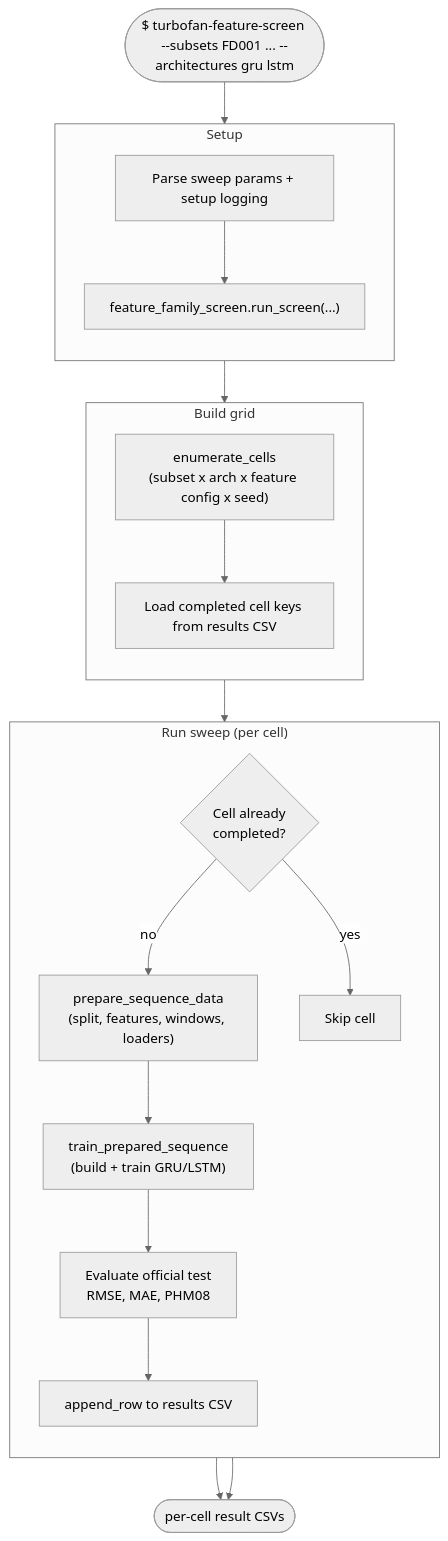
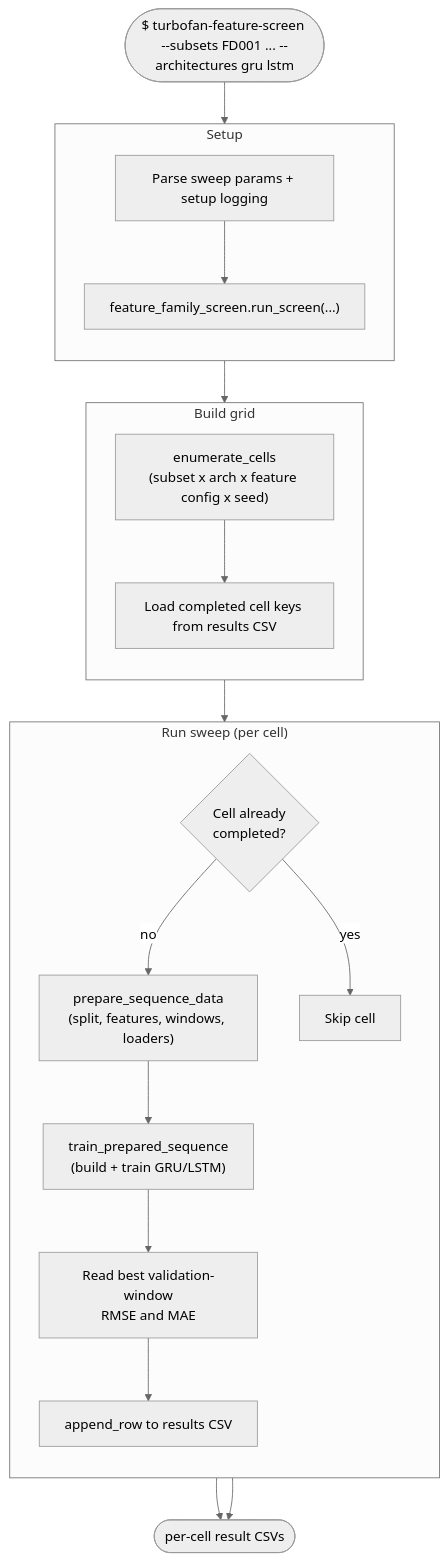
Before and after one commit to virgil-castillo/turbofan-rul-mlops: the diagram in docs/workflows/feature-screen.md, drawn with Mermaid (neutral theme). The commit also changed 3 other files, not shown here.

Commit message:
docs(workflows): correct registry and evaluation flow in diagrams

````diff
--- a/docs/workflows/feature-screen.md
+++ b/docs/workflows/feature-screen.md
@@ -8,36 +8,36 @@
 ```mermaid
 flowchart TD
     START(["$ turbofan-feature-screen --subsets FD001 ... --architectures gru lstm"])
 
     subgraph SETUP["Setup"]
         direction TB
         ARGS["Parse sweep params + setup logging"]
         DELEGATE["feature_family_screen.run_screen(...)"]
         ARGS --> DELEGATE
     end
 
     subgraph GRID["Build grid"]
         direction TB
         ENUM["enumerate_cells<br/>(subset x arch x feature config x seed)"]
         RESUME["Load completed cell keys from results CSV"]
         ENUM --> RESUME
     end
 
     subgraph SWEEP["Run sweep (per cell)"]
         direction TB
         SKIPQ{"Cell already<br/>completed?"}
         PREP["prepare_sequence_data<br/>(split, features, windows, loaders)"]
         TRAIN["train_prepared_sequence<br/>(build + train GRU/LSTM)"]
-        EVALC["Evaluate official test<br/>RMSE, MAE, PHM08"]
+        EVALC["Read best validation-window<br/>RMSE and MAE"]
         APPEND["append_row to results CSV"]
         SKIP["Skip cell"]
         SKIPQ -->|no| PREP --> TRAIN --> EVALC --> APPEND
         SKIPQ -->|yes| SKIP
     end
 
     START --> ARGS
     DELEGATE --> ENUM
     RESUME --> SKIPQ
     APPEND --> DONE(["per-cell result CSVs"])
     SKIP --> DONE
 ```
````
